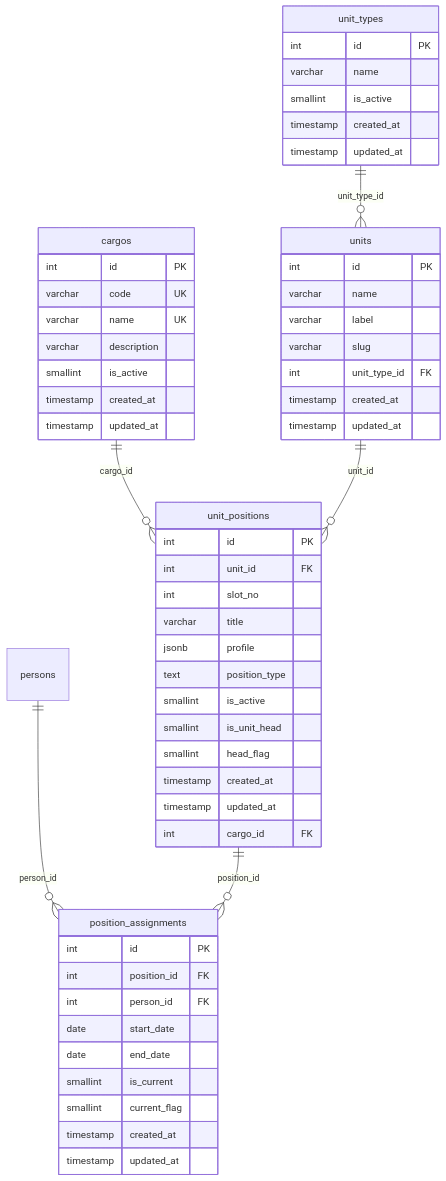
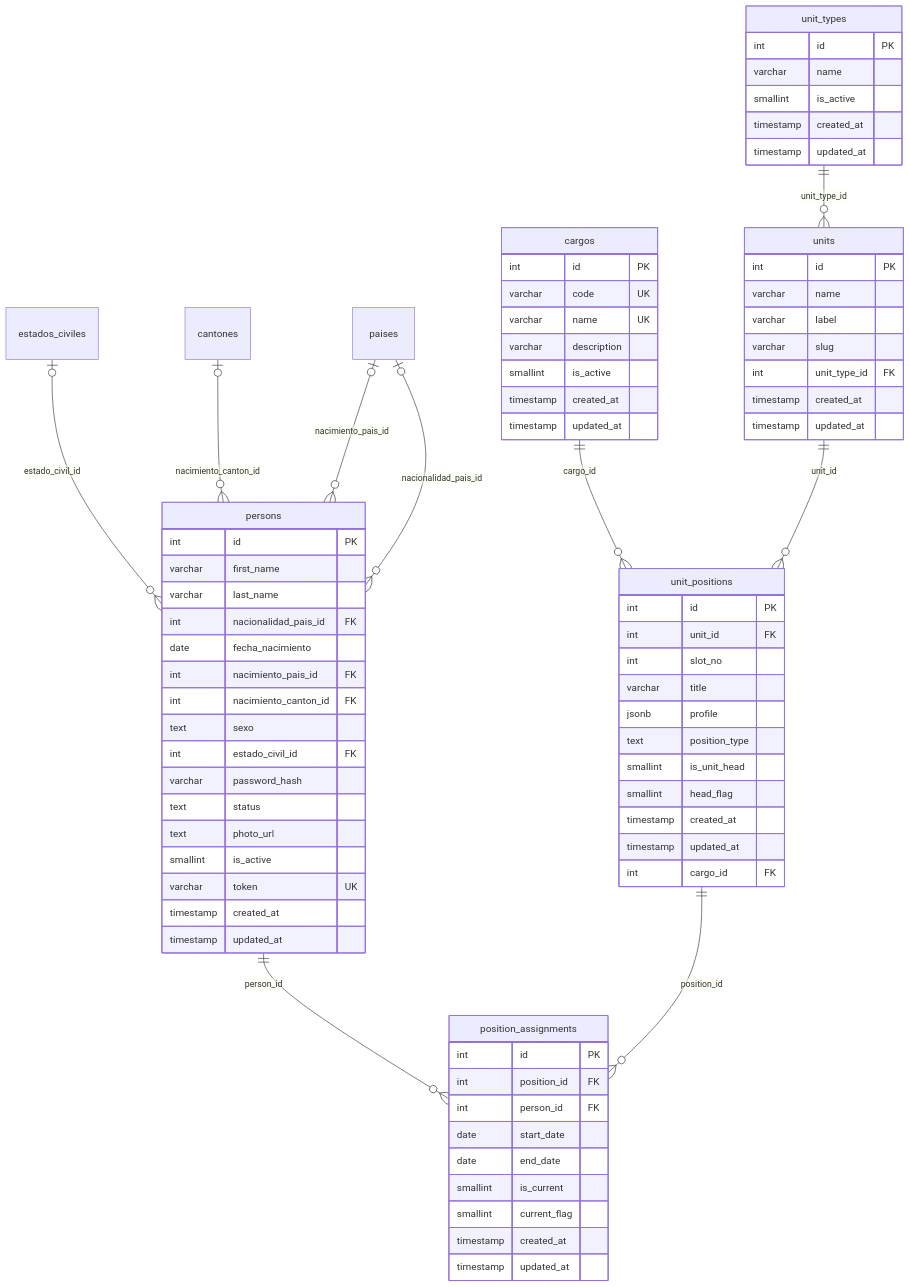
The first of 10 diagrams in docs/src/content/docs/modelo/mapa-con-campos.md (fresvel/deasy), drawn with Mermaid before and after one commit. The commit also changed other lines of this file and 40 other files, not shown here.

````diff
--- a/docs/src/content/docs/modelo/mapa-con-campos.md
+++ b/docs/src/content/docs/modelo/mapa-con-campos.md
@@ -39,59 +39,80 @@
 ```mermaid
 erDiagram
   %% generado por scripts/docs/gen-mapa-campos.mjs: no se edita a mano
   unit_types {
     int id PK
     varchar name
     smallint is_active
     timestamp created_at
     timestamp updated_at
   }
   units {
     int id PK
     varchar name
     varchar label
     varchar slug
     int unit_type_id FK
     timestamp created_at
     timestamp updated_at
   }
   unit_positions {
     int id PK
     int unit_id FK
     int slot_no
     varchar title
     jsonb profile
     text position_type
-    smallint is_active
     smallint is_unit_head
     smallint head_flag
     timestamp created_at
     timestamp updated_at
     int cargo_id FK
   }
   cargos {
     int id PK
     varchar code UK
     varchar name UK
     varchar description
     smallint is_active
     timestamp created_at
     timestamp updated_at
   }
   position_assignments {
     int id PK
     int position_id FK
     int person_id FK
     date start_date
     date end_date
     smallint is_current
     smallint current_flag
     timestamp created_at
     timestamp updated_at
   }
+  persons {
+    int id PK
+    varchar first_name
+    varchar last_name
+    int nacionalidad_pais_id FK
+    date fecha_nacimiento
+    int nacimiento_pais_id FK
+    int nacimiento_canton_id FK
+    text sexo
+    int estado_civil_id FK
+    varchar password_hash
+    text status
+    text photo_url
+    smallint is_active
+    varchar token UK
+    timestamp created_at
+    timestamp updated_at
+  }
+  estados_civiles |o--o{ persons : "estado_civil_id"
+  cantones |o--o{ persons : "nacimiento_canton_id"
+  paises |o--o{ persons : "nacimiento_pais_id"
+  paises |o--o{ persons : "nacionalidad_pais_id"
   persons ||--o{ position_assignments : "person_id"
   unit_positions ||--o{ position_assignments : "position_id"
   cargos ||--o{ unit_positions : "cargo_id"
   units ||--o{ unit_positions : "unit_id"
   unit_types ||--o{ units : "unit_type_id"
 ```
````
